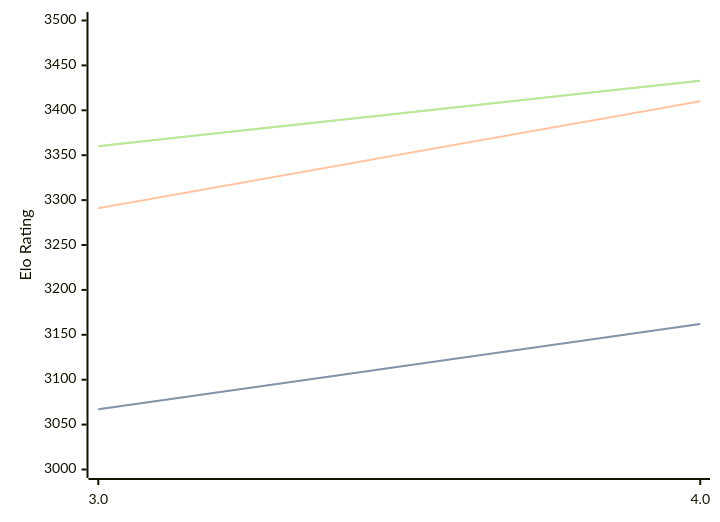
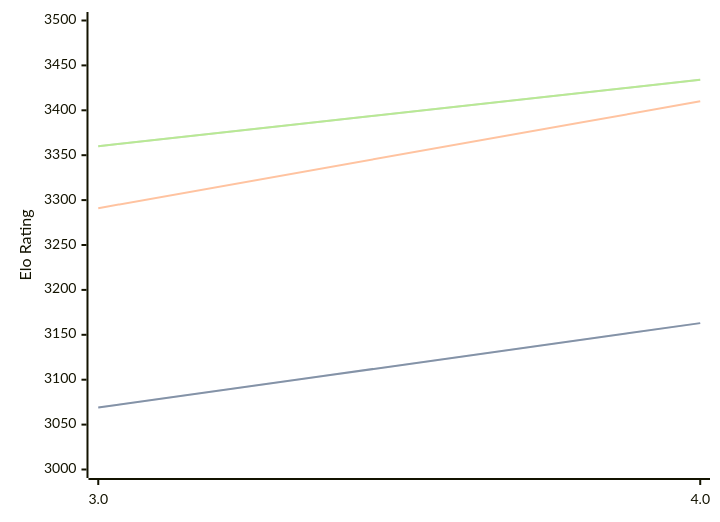
One commit to computer-chess-index/cci changed the diagram in engines/Eleanor.md. Above: the diagram before and after it, drawn with Mermaid. The commit also changed other lines of this file, not shown here.

Commit message:
Update CCI Ratings (ELO VLTC) - 2026-04-22

````diff
--- a/engines/Eleanor.md
+++ b/engines/Eleanor.md
@@ -34,11 +35,11 @@
 ```mermaid
 %%{init: {"theme":"base","themeVariables":{"seriesColors:['#a3a3a3','#222221','#faa371']}}}%%
 xychart-beta
   x-axis ["3.0", "4.0"]
   y-axis "Elo Rating" 3000 --> 3500
-  line "STC (8.0+0.08s)" [3067, 3162]
-  line "STC (8.0+0.08s)" [3067, 3162]
+  line "STC (8.0+0.08s)" [3069, 3163]
+  line "STC (8.0+0.08s)" [3069, 3163]
   line "LTC (60.0+0.60s)" [3291, 3410]
-  line "VLTC (2m24s+1.12s)" [3360, 3433]
-  line "VLTC (2m24s+1.12s)" [3360, 3433]
+  line "VLTC (2m24s+1.12s)" [3360, 3434]
+  line "VLTC (2m24s+1.12s)" [3360, 3434]
 ```
````
